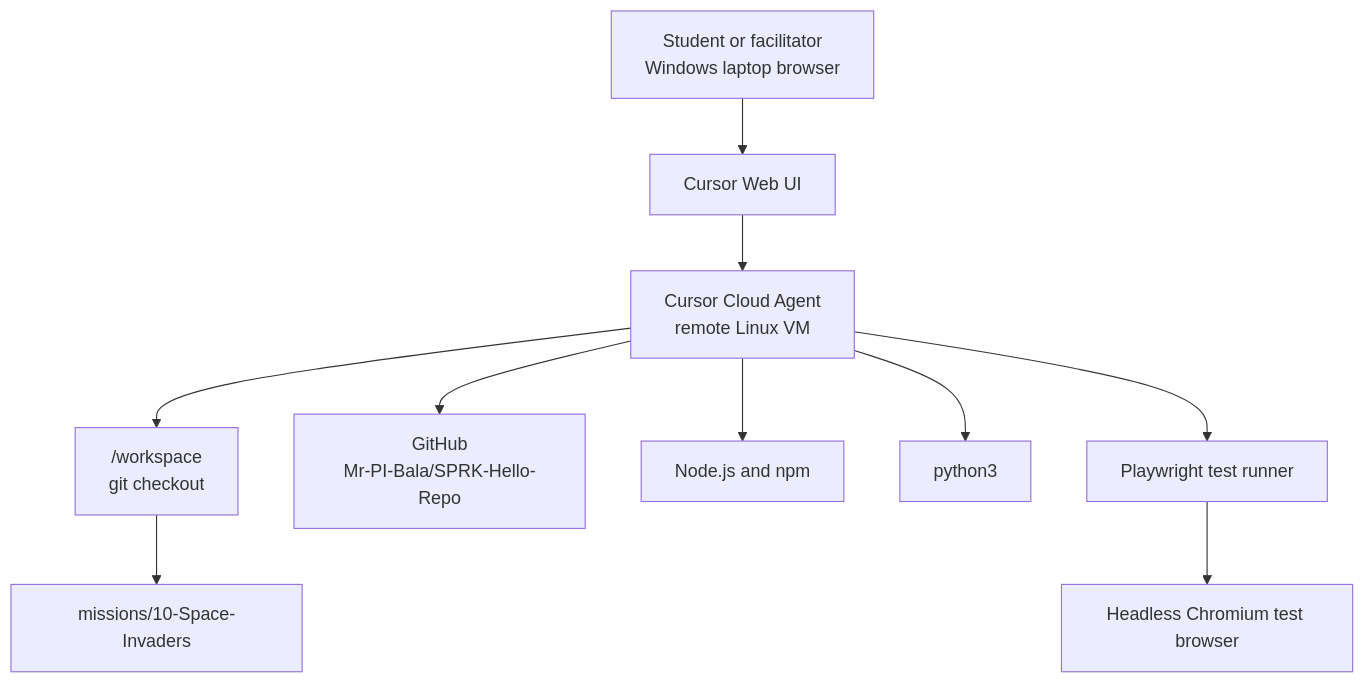
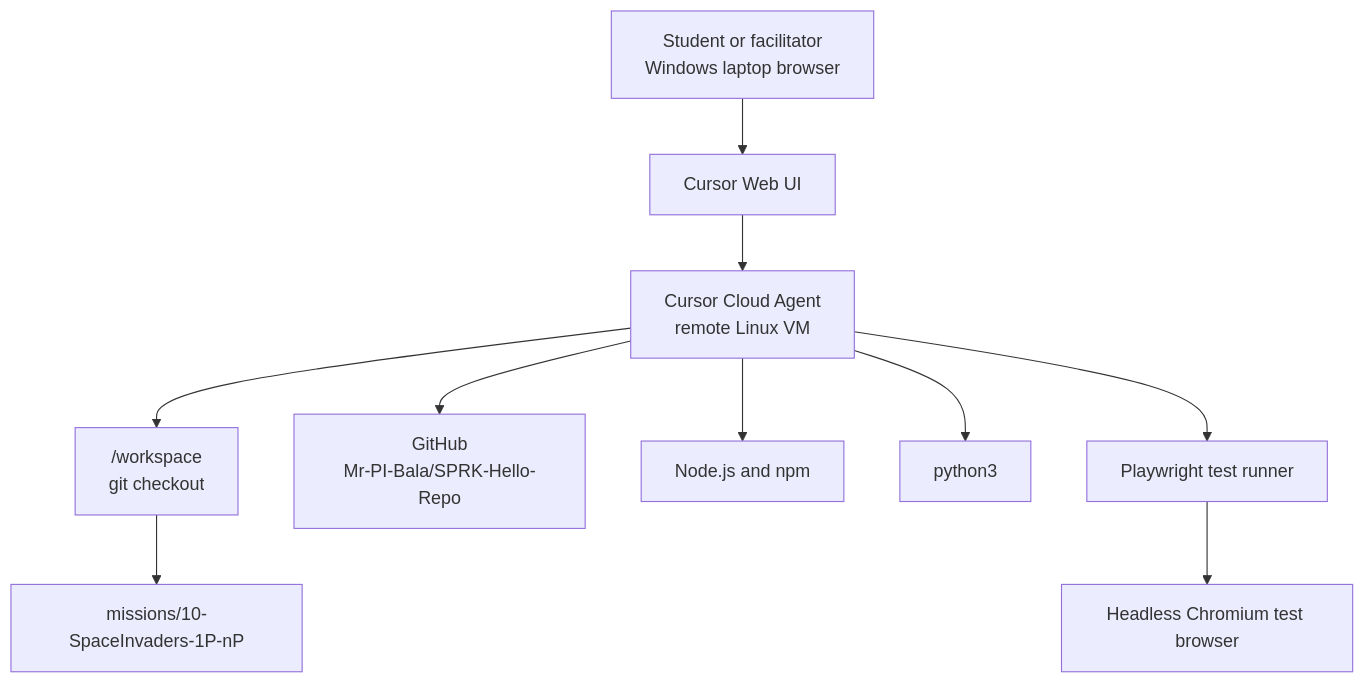
Before and after one commit to Mr-PI-Bala/SPRK-Hello-Repo: the first of 11 diagrams in docs/SPRK_Browser_Testing_And_Network_Architecture.md, drawn with Mermaid. The commit also changed other lines of this file and 21 other files, not shown here.

````diff
--- a/docs/SPRK_Browser_Testing_And_Network_Architecture.md
+++ b/docs/SPRK_Browser_Testing_And_Network_Architecture.md
@@ -35,12 +35,12 @@
 ```mermaid
 flowchart TD
     User["Student or facilitator<br>Windows laptop browser"] --> CursorUI["Cursor Web UI"]
     CursorUI --> Agent["Cursor Cloud Agent<br>remote Linux VM"]
     Agent --> Workspace["/workspace<br>git checkout"]
-    Workspace --> Mission["missions/10-Space-Invaders"]
+    Workspace --> Mission["missions/10-SpaceInvaders-1P-nP"]
     Agent --> GitHub["GitHub<br>Mr-PI-Bala/SPRK-Hello-Repo"]
     Agent --> Node["Node.js and npm"]
     Agent --> Python["python3"]
     Agent --> Playwright["Playwright test runner"]
     Playwright --> Chromium["Headless Chromium test browser"]
 ```
````
